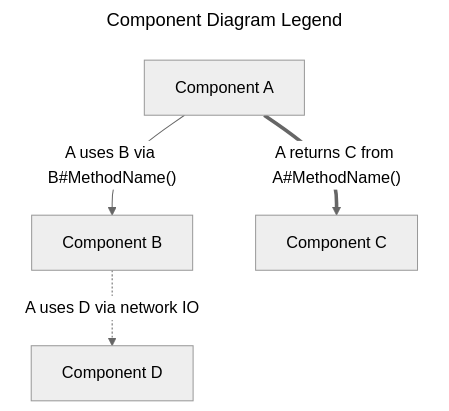
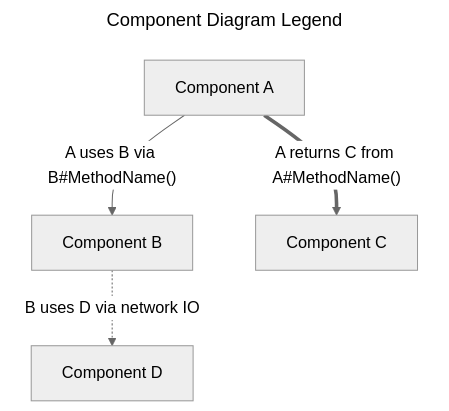
The first of 4 diagrams in docs/pkg/client/events.md (pokt-network/poktroll), drawn with Mermaid (neutral theme) before and after one commit. The commit also changed other lines of this file and 4 other files, not shown here.

````diff
--- a/docs/pkg/client/events.md
+++ b/docs/pkg/client/events.md
@@ -49,16 +49,16 @@
 ```mermaid
 ---
 title: Component Diagram Legend
 ---
 
 flowchart
 
   a[Component A]
   b[Component B]
   c[Component C]
   d[Component D]
 
   a --"A uses B via B#MethodName()"--> b
   a =="A returns C from A#MethodName()"==> c
-  b -."A uses D via network IO".-> d
+  b -."B uses D via network IO".-> d
 ```
````
